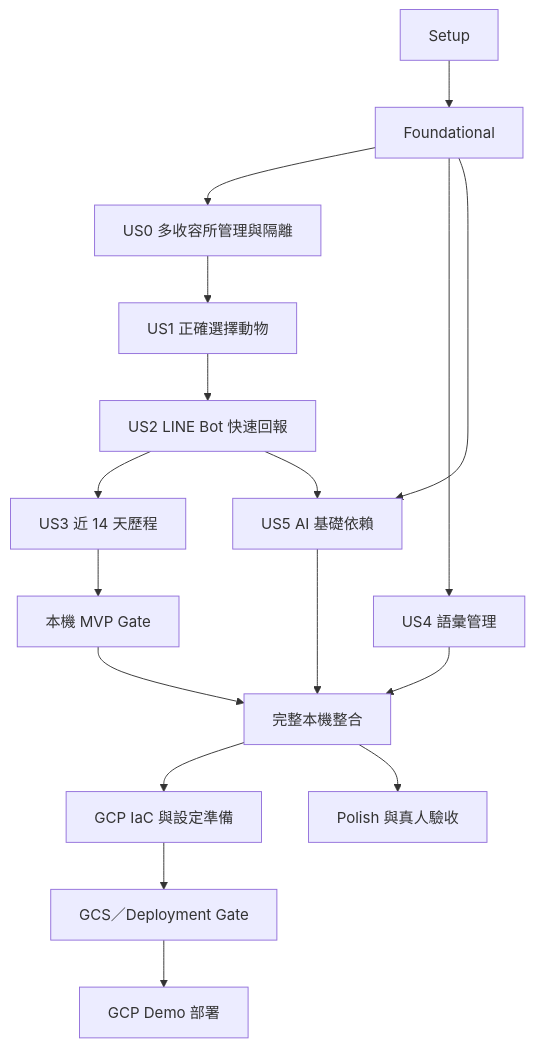
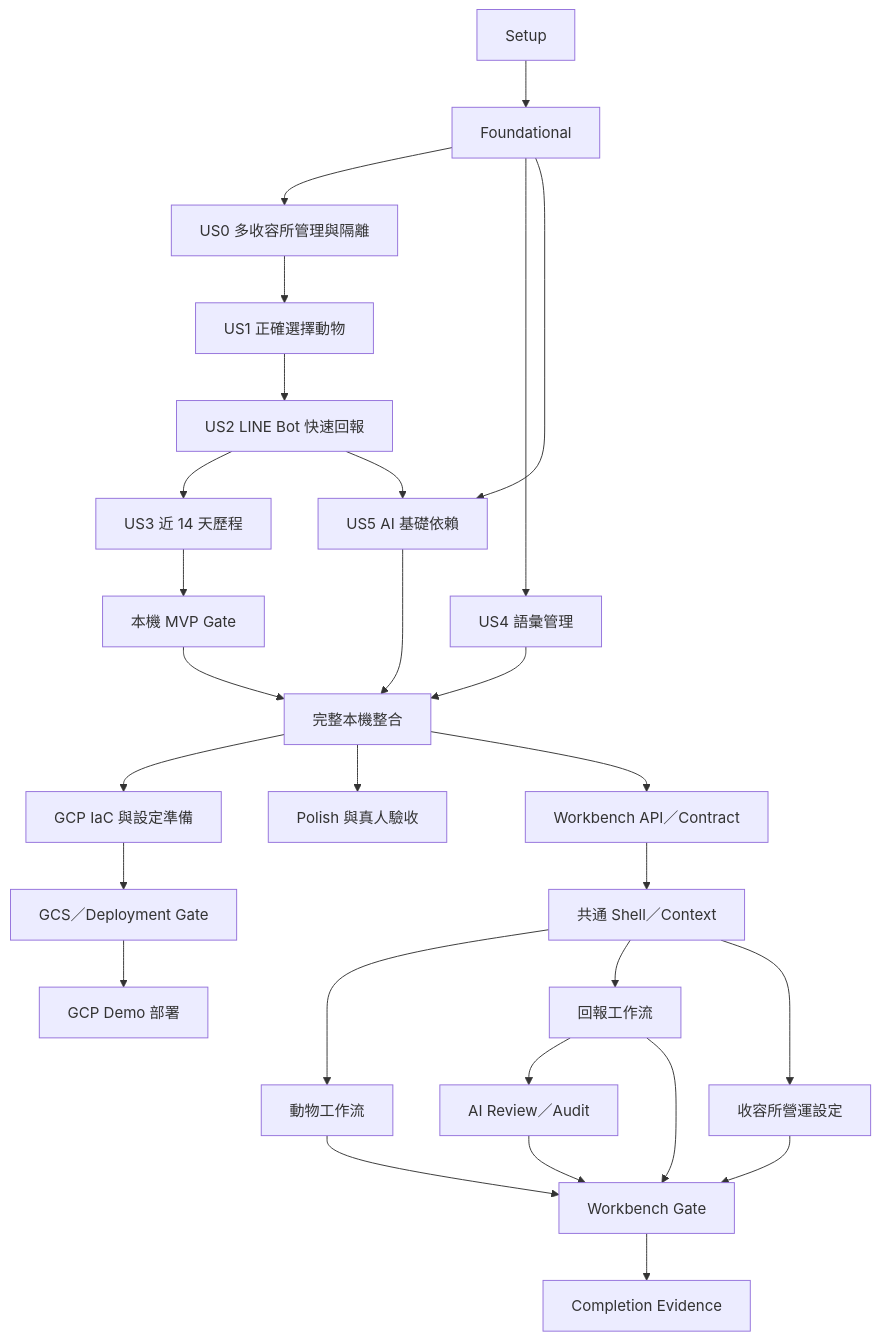
Before and after one commit to GAE-263/StrayHub: the diagram in specs/001-volunteer-care-report/tasks.md, drawn with Mermaid. The commit also changed other lines of this file and 25 other files, not shown here.

````diff
--- a/specs/001-volunteer-care-report/tasks.md
+++ b/specs/001-volunteer-care-report/tasks.md
@@ -510,19 +676,30 @@
 ```mermaid
 graph TD
     S[Setup] --> F[Foundational]
     F --> U0[US0 多收容所管理與隔離]
     U0 --> U1[US1 正確選擇動物]
     U1 --> U2[US2 LINE Bot 快速回報]
     U2 --> U3[US3 近 14 天歷程]
     U3 --> MVP[本機 MVP Gate]
     F --> U4[US4 語彙管理]
     F --> U5[US5 AI 基礎依賴]
     U2 --> U5
     MVP --> L[完整本機整合]
     U4 --> L
     U5 --> L
     L --> GP[GCP IaC 與設定準備]
     GP --> GG[GCS／Deployment Gate]
     GG --> GD[GCP Demo 部署]
     L --> P[Polish 與真人驗收]
+    L --> W[Workbench API／Contract]
+    W --> WS[共通 Shell／Context]
+    WS --> WA[動物工作流]
+    WS --> WR[回報工作流]
+    WS --> WO[收容所營運設定]
+    WR --> WI[AI Review／Audit]
+    WA --> WG[Workbench Gate]
+    WR --> WG
+    WO --> WG
+    WI --> WG
+    WG --> P2[Completion Evidence]
 ```
````
